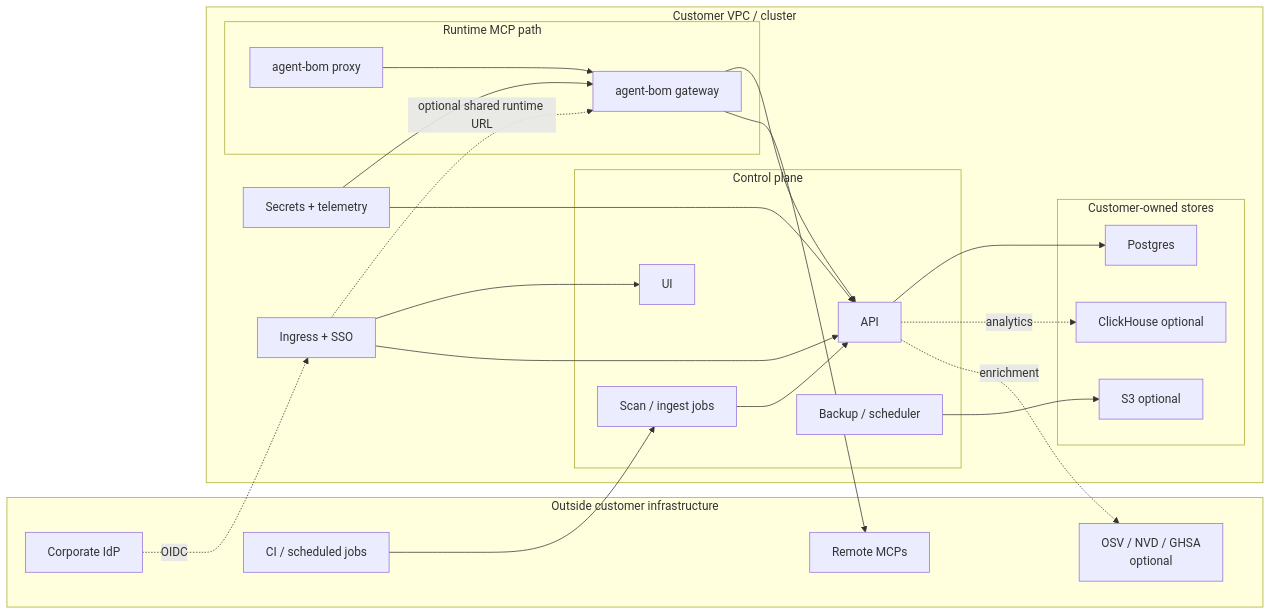
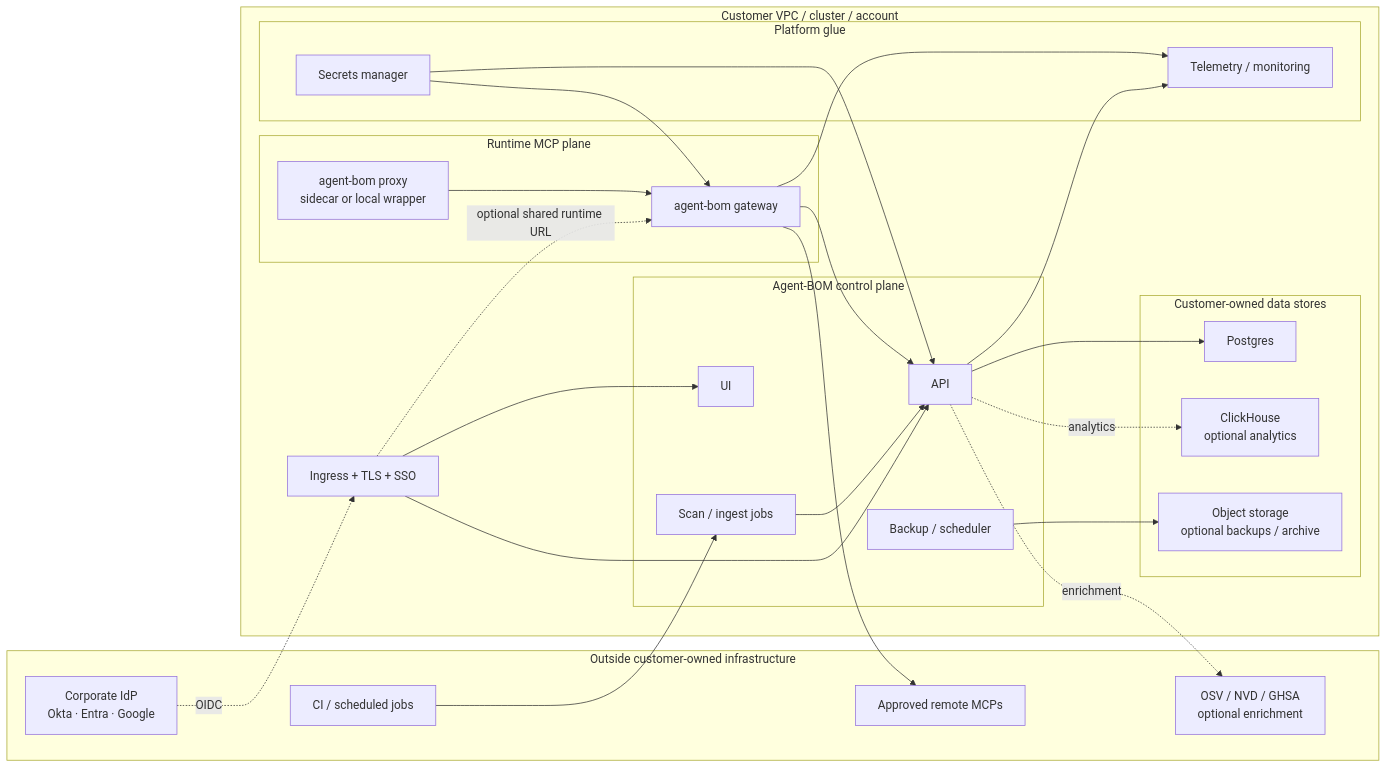
Before and after one commit to msaad00/agent-bom: the first of 6 diagrams in README.md, drawn with Mermaid. The commit also changed other lines of this file and 2 other files, not shown here.

Commit message:
[docs] simplify self-hosted deployment and runtime flow diagrams (#1604)
## Summary
- replace the repeated enterprise self-hosted Mermaid spaghetti with two
simpler diagrams
- split the story into a customer-owned deployment topology and a
separate MCP proxy/gateway runtime flow
- rename the table row to `Runtime MCP plane` for clearer terminology

## Validation
- `mkdocs build --strict`

````diff
--- a/README.md
+++ b/README.md
@@ -165,49 +165,54 @@
 ```mermaid
 flowchart LR
-    subgraph outside["Outside customer infrastructure"]
-      idp["Corporate IdP"]
+    subgraph outside["Outside customer-owned infrastructure"]
+      idp["Corporate IdP<br/>Okta · Entra · Google"]
       ci["CI / scheduled jobs"]
-      remote["Remote MCPs"]
-      osv["OSV / NVD / GHSA<br/>optional"]
+      remote["Approved remote MCPs"]
+      osv["OSV / NVD / GHSA<br/>optional enrichment"]
     end
 
-    subgraph customer["Customer VPC / cluster"]
-      ingress["Ingress + SSO"]
+    subgraph customer["Customer VPC / cluster / account"]
+      ingress["Ingress + TLS + SSO"]
 
-      subgraph control["Control plane"]
+      subgraph control["Agent-BOM control plane"]
         ui["UI"]
         api["API"]
         jobs["Scan / ingest jobs"]
         backup["Backup / scheduler"]
       end
 
-      subgraph runtime["Runtime MCP path"]
-        proxy["agent-bom proxy"]
+      subgraph runtime["Runtime MCP plane"]
+        proxy["agent-bom proxy<br/>sidecar or local wrapper"]
         gateway["agent-bom gateway"]
       end
 
-      subgraph data["Customer-owned stores"]
+      subgraph data["Customer-owned data stores"]
         pg["Postgres"]
-        ch["ClickHouse optional"]
-        s3["S3 optional"]
+        ch["ClickHouse<br/>optional analytics"]
+        s3["Object storage<br/>optional backups / archive"]
       end
 
-      ops["Secrets + telemetry"]
+      subgraph ops["Platform glue"]
+        secrets["Secrets manager"]
+        metrics["Telemetry / monitoring"]
+      end
     end
 
     idp -. OIDC .-> ingress
     ingress --> ui
     ingress --> api
     ingress -. optional shared runtime URL .-> gateway
     ci --> jobs
     jobs --> api
-    backup --> s3
-    api --> pg
-    api -. analytics .-> ch
     proxy --> gateway
     gateway --> api
     gateway --> remote
+    api --> pg
+    api -. analytics .-> ch
+    backup --> s3
+    secrets --> api
+    secrets --> gateway
+    api --> metrics
+    gateway --> metrics
     api -. enrichment .-> osv
-    ops --> api
-    ops --> gateway
 ```
````
